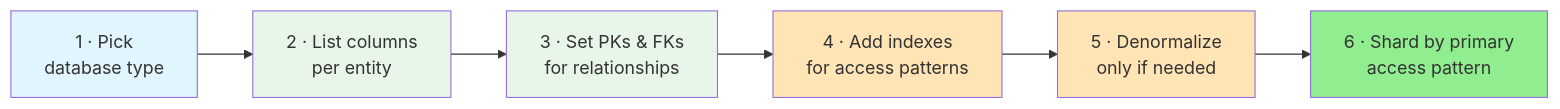
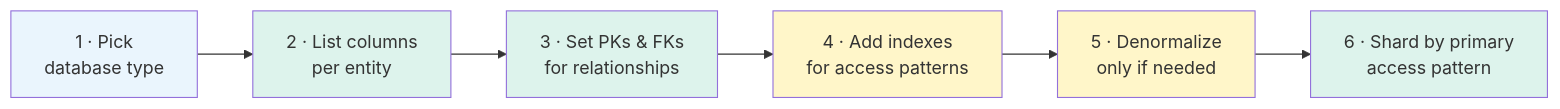
One commit to cartmancodes/InterviewVault changed the second of 2 diagrams in LLD/SystemDesign/CoreConcepts/DataModeling.md. Above: the diagram before and after it, drawn with Mermaid. The commit also changed 679 other files, not shown here.

Commit message:
Unify content diagrams and add accessible visual walkthroughs

````diff
--- a/LLD/SystemDesign/CoreConcepts/DataModeling.md
+++ b/LLD/SystemDesign/CoreConcepts/DataModeling.md
@@ -310,15 +310,15 @@
 ```mermaid
 graph LR
     A["1 · Pick<br/>database type"] --> B["2 · List columns<br/>per entity"]
     B --> C["3 · Set PKs & FKs<br/>for relationships"]
     C --> D["4 · Add indexes<br/>for access patterns"]
     D --> E["5 · Denormalize<br/>only if needed"]
     E --> F["6 · Shard by primary<br/>access pattern"]
 
-    style A fill:#e1f5ff
-    style B fill:#e8f5e9
-    style C fill:#e8f5e9
-    style D fill:#FFE4B5
-    style E fill:#FFE4B5
-    style F fill:#90EE90
+    style A fill:#EAF5FD
+    style B fill:#DDF3EC
+    style C fill:#DDF3EC
+    style D fill:#FFF6C9
+    style E fill:#FFF6C9
+    style F fill:#DDF3EC
 ```
````
